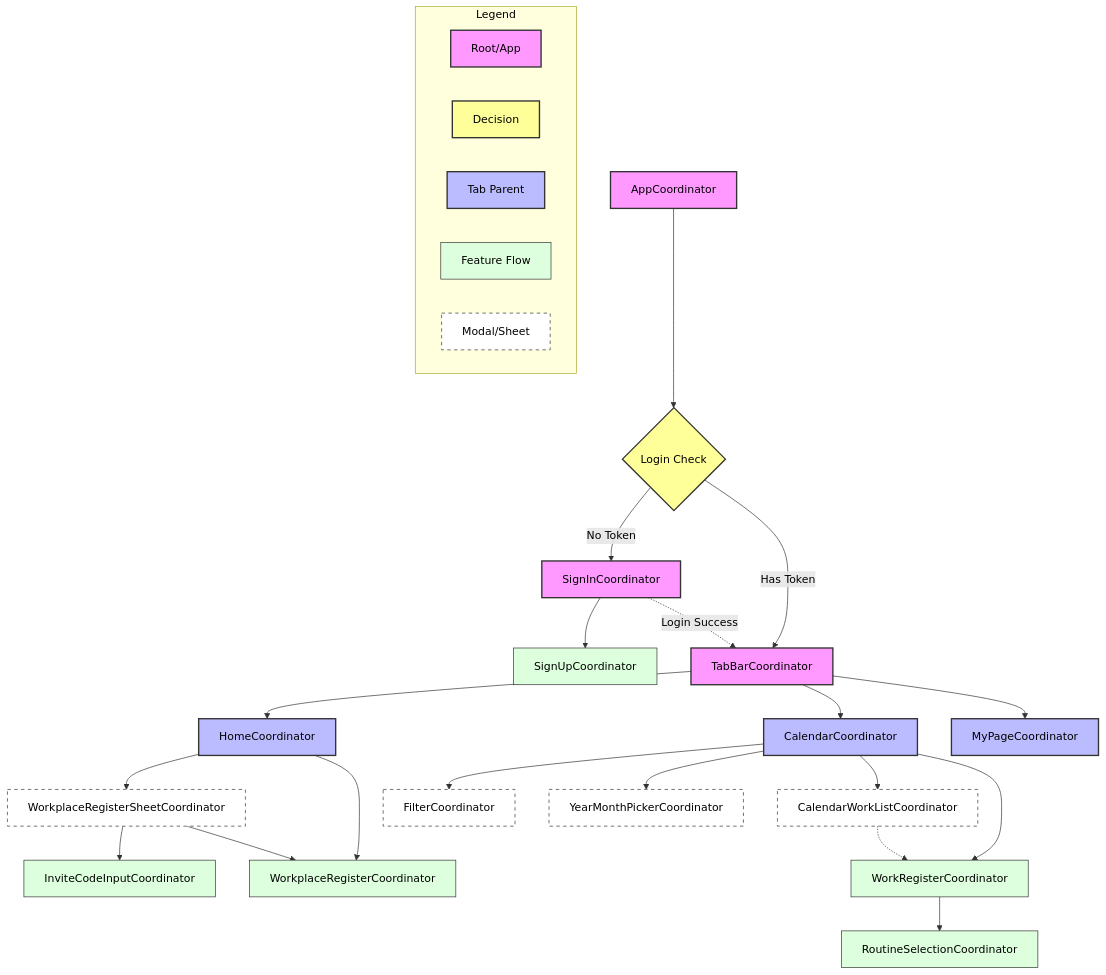
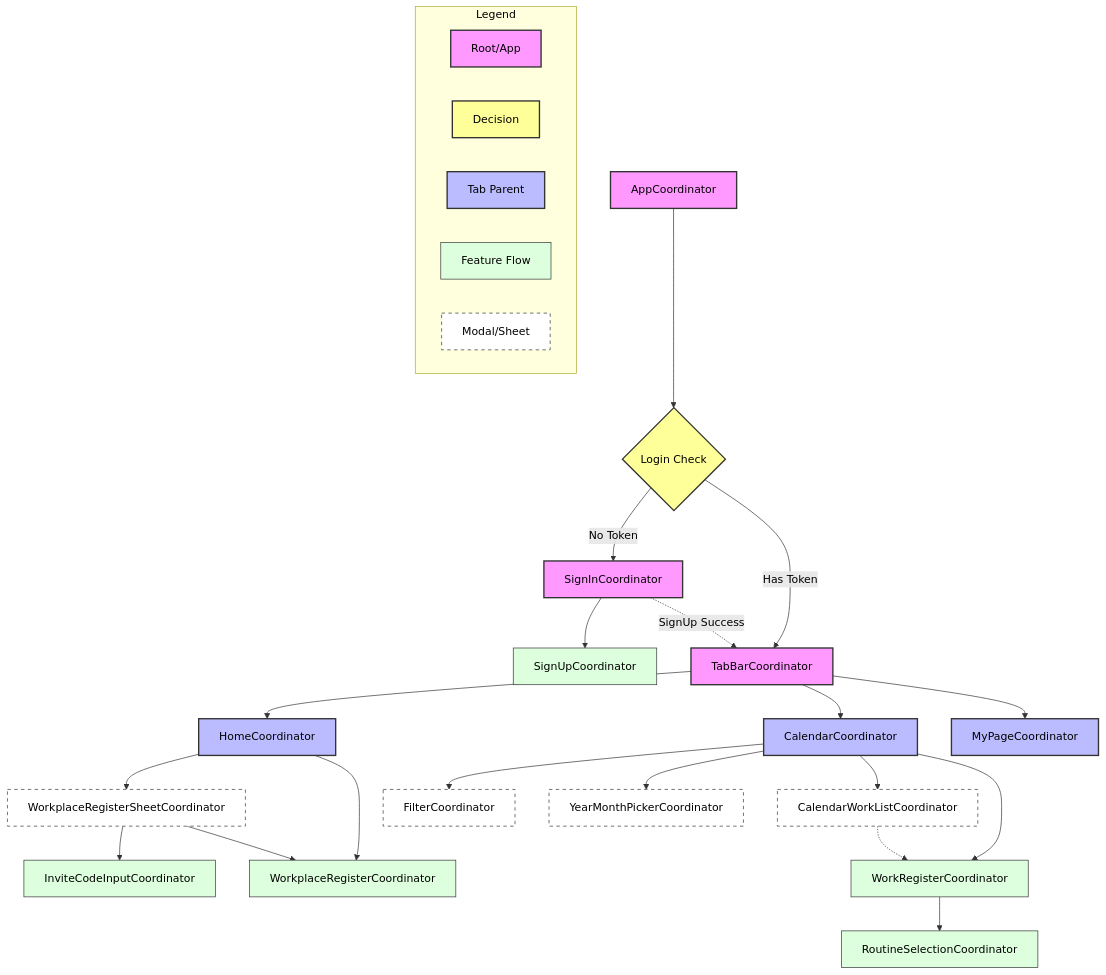
The third of 4 diagrams in README.md (5-rganization/MOUP-iOS), drawn with Mermaid before and after one commit.

````diff
--- a/README.md
+++ b/README.md
@@ -251,61 +251,61 @@
 ``` mermaid
 %%{
   init: {
     "theme": "default",
     "fontFamily": "monospace",
     "elk": {
         "mergeEdges": false,
         "nodePlacementStrategy": "BRANDES_KOEPF",
         "forceNodeModelOrder": false,
         "considerModelOrder": "NODES_AND_EDGES"
     }
   }
 }%%
 flowchart TB
  subgraph Legend["Legend"]
     direction LR
         L1["Root/App"]
         L2["Decision"]
         L3["Tab Parent"]
         L4["Feature Flow"]
         L5["Modal/Sheet"]
   end
     App["AppCoordinator"] --> Check{"Login Check"}
     Check -- No Token --> SignIn["SignInCoordinator"]
     SignIn --> SignUp["SignUpCoordinator"]
     Check -- Has Token --> TabBar["TabBarCoordinator"]
-    SignIn -. Login Success .-> TabBar
+    SignIn -. SignUp Success .-> TabBar
     TabBar --> Home["HomeCoordinator"] & Calendar["CalendarCoordinator"] & MyPage["MyPageCoordinator"]
     Home --> WP_Sheet["WorkplaceRegisterSheetCoordinator"] & WP_Register["WorkplaceRegisterCoordinator"]
     WP_Sheet --> Invite["InviteCodeInputCoordinator"] & WP_Register
     Calendar --> Filter["FilterCoordinator"] & YearPicker["YearMonthPickerCoordinator"] & WorkList["CalendarWorkListCoordinator"] & WorkReg["WorkRegisterCoordinator"]
     WorkList -.-> WorkReg
     WorkReg --> RoutineSel["RoutineSelectionCoordinator"]
 
      App:::root
      Check:::decision
      SignIn:::root
      SignUp:::flow
      TabBar:::root
      Home:::tab
      Calendar:::tab
      MyPage:::tab
      WP_Sheet:::modal
      WP_Register:::flow
      Invite:::flow
      Filter:::modal
      YearPicker:::modal
      WorkList:::modal
      WorkReg:::flow
      RoutineSel:::flow
      L1:::root
      L2:::decision
      L3:::tab
      L4:::flow
      L5:::modal
     classDef root fill:#f9f,stroke:#333,stroke-width:2px,color:black
     classDef tab fill:#bbf,stroke:#333,stroke-width:2px,color:black
     classDef flow fill:#dfd,stroke:#333,stroke-width:1px,color:black
     classDef modal fill:#fff,stroke:#333,stroke-width:1px,stroke-dasharray: 5 5,color:black
     classDef decision fill:#ff9,stroke:#333,stroke-width:2px,shape:rhombus,color:black
 ```
````
